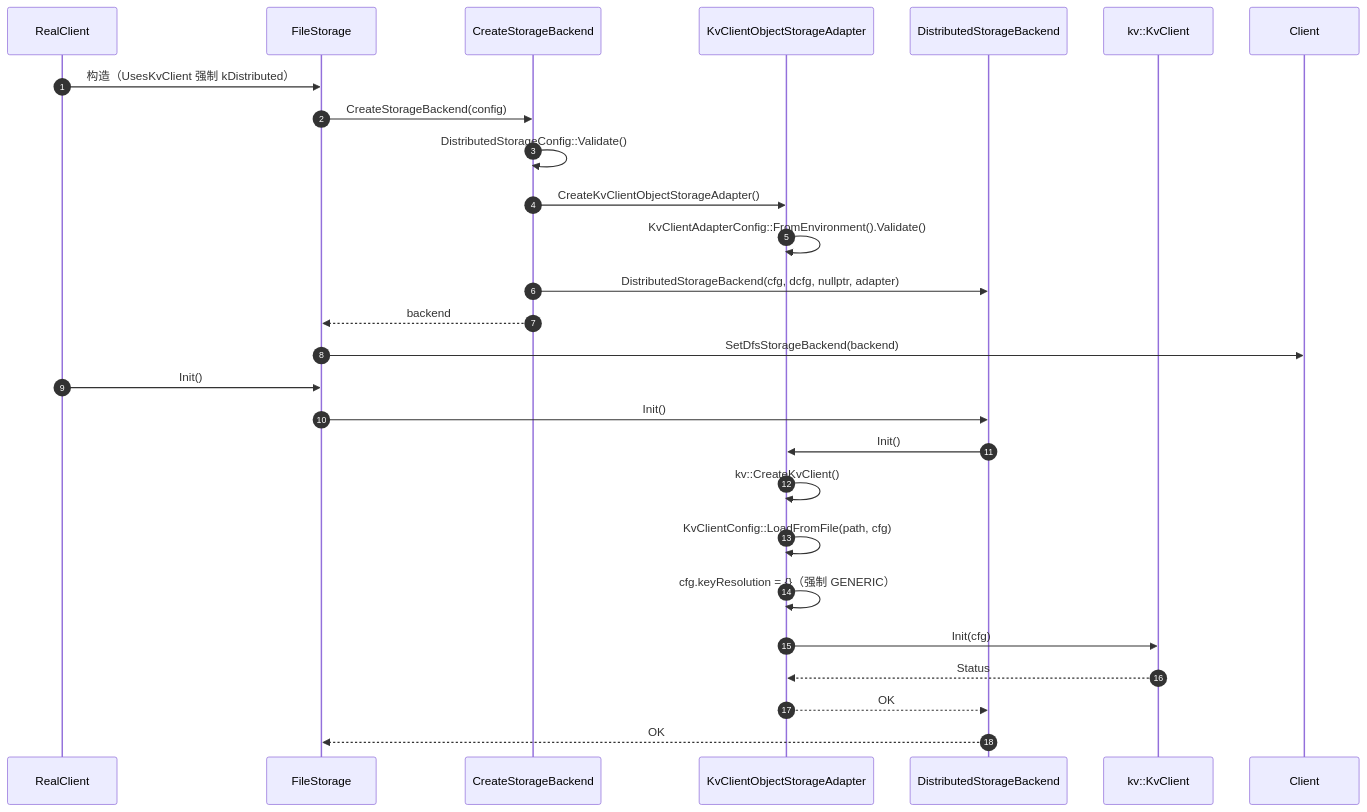
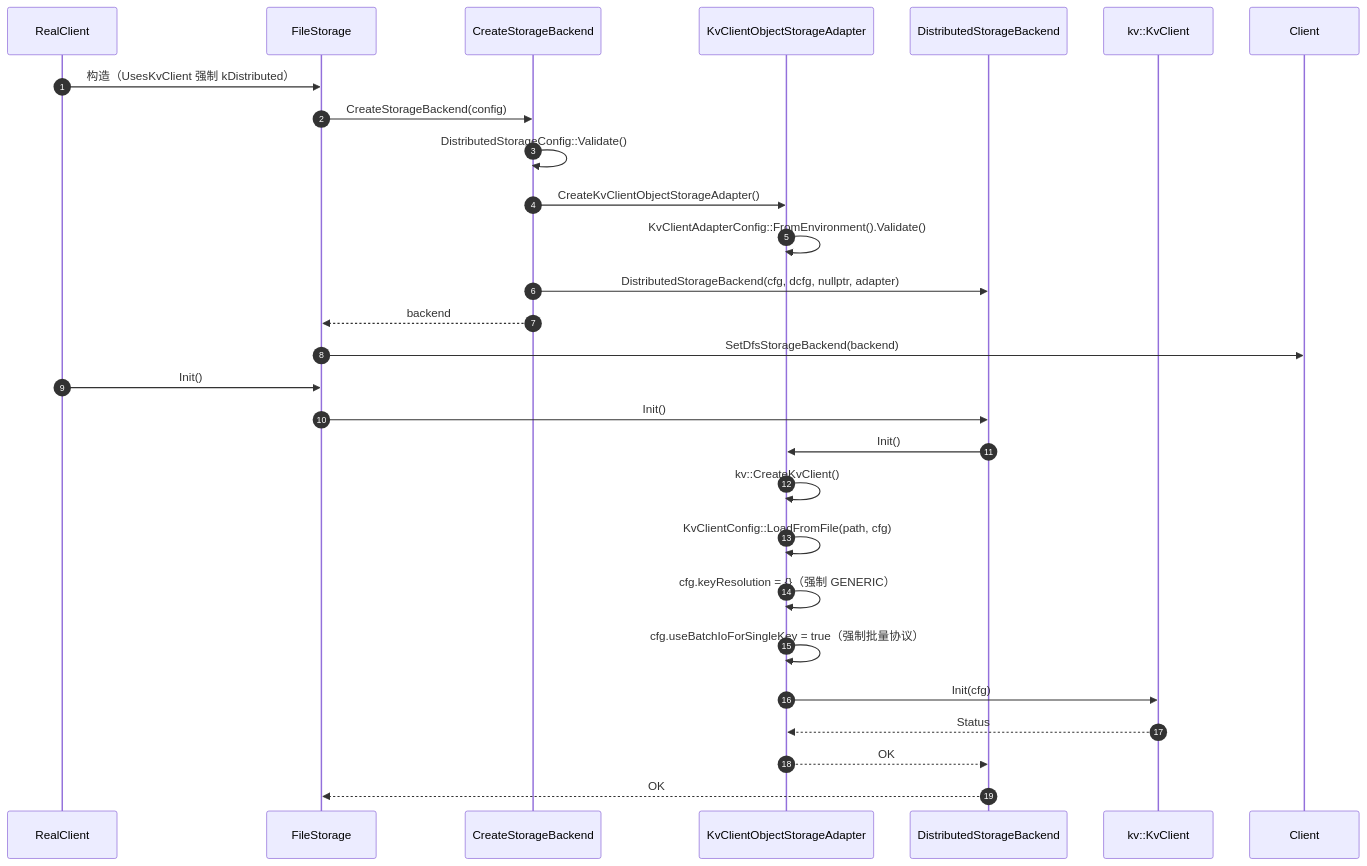
Before and after one commit to zwj20000328-dotcom/Mooncake-documents: the third of 11 diagrams in Mooncake + KVClient L3 接入（Kvcs）- PR 实施设计.md, drawn with Mermaid. The commit also changed other lines of this file and 2 other files, not shown here.

````diff
--- a/Mooncake + KVClient L3 接入（Kvcs）- PR 实施设计.md
+++ b/Mooncake + KVClient L3 接入（Kvcs）- PR 实施设计.md
@@ -127,30 +127,31 @@
 ```mermaid
 sequenceDiagram
     autonumber
     participant RC as RealClient
     participant FS as FileStorage
     participant F as CreateStorageBackend
     participant AD as KvClientObjectStorageAdapter
     participant BE as DistributedStorageBackend
     participant SDK as kv::KvClient
     participant C as Client
 
     RC->>FS: 构造（UsesKvClient 强制 kDistributed）
     FS->>F: CreateStorageBackend(config)
     F->>F: DistributedStorageConfig::Validate()
     F->>AD: CreateKvClientObjectStorageAdapter()
     AD->>AD: KvClientAdapterConfig::FromEnvironment().Validate()
     F->>BE: DistributedStorageBackend(cfg, dcfg, nullptr, adapter)
     F-->>FS: backend
     FS->>C: SetDfsStorageBackend(backend)
     RC->>FS: Init()
     FS->>BE: Init()
     BE->>AD: Init()
     AD->>AD: kv::CreateKvClient()
     AD->>AD: KvClientConfig::LoadFromFile(path, cfg)
     AD->>AD: cfg.keyResolution = {}（强制 GENERIC）
+    AD->>AD: cfg.useBatchIoForSingleKey = true（强制批量协议）
     AD->>SDK: Init(cfg)
     SDK-->>AD: Status
     AD-->>BE: OK
     BE-->>FS: OK
 ```
````
